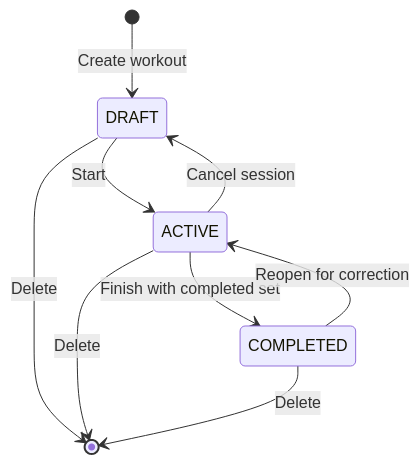
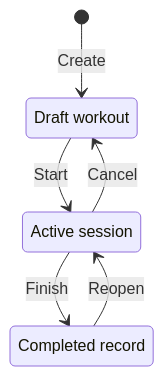
One commit to jakobzagar/Fit-Track changed the first of 2 diagrams in README.md. Above: the diagram before and after it, drawn with Mermaid. The commit also changed other lines of this file and 1 other file, not shown here.

Commit message:
docs: refine architecture diagrams

````diff
--- a/README.md
+++ b/README.md
@@ -34,11 +34,12 @@
 ```mermaid
 stateDiagram-v2
-    [*] --> DRAFT: Create workout
-    DRAFT --> ACTIVE: Start
-    ACTIVE --> DRAFT: Cancel session
-    ACTIVE --> COMPLETED: Finish with completed set
-    COMPLETED --> ACTIVE: Reopen for correction
-    DRAFT --> [*]: Delete
-    ACTIVE --> [*]: Delete
-    COMPLETED --> [*]: Delete
+    state "Draft workout" as Draft
+    state "Active session" as Active
+    state "Completed record" as Completed
+
+    [*] --> Draft: Create
+    Draft --> Active: Start
+    Active --> Draft: Cancel
+    Active --> Completed: Finish
+    Completed --> Active: Reopen
 ```
````
